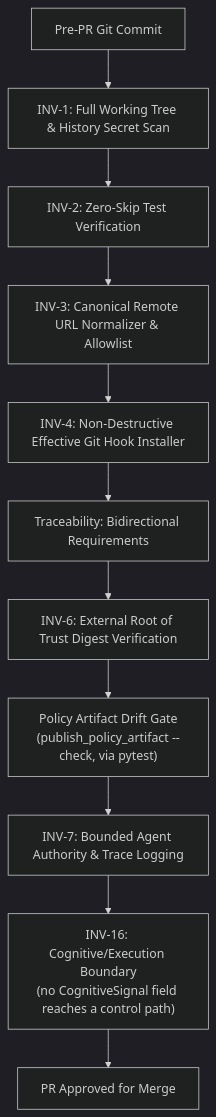
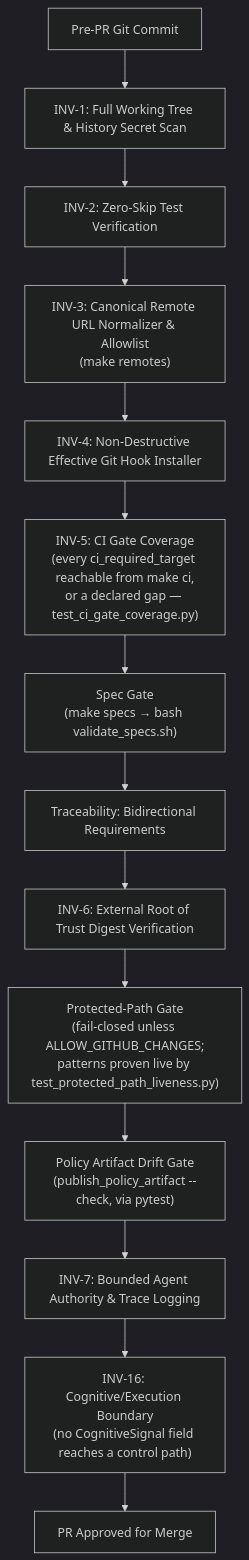
The fifth of 6 diagrams in harness/docs/C4_ARCHITECTURE.md (ianshank/Mango_Code_Agent-Harness), drawn with Mermaid (dark theme) before and after one commit. The commit also changed other lines of this file and 9 other files, not shown here.

````diff
--- a/harness/docs/C4_ARCHITECTURE.md
+++ b/harness/docs/C4_ARCHITECTURE.md
@@ -166,13 +166,16 @@
 ```mermaid
 flowchart TD
     Commit[Pre-PR Git Commit] --> Secrets[INV-1: Full Working Tree & History Secret Scan]
     Secrets --> ZeroSkip[INV-2: Zero-Skip Test Verification]
-    ZeroSkip --> Remotes[INV-3: Canonical Remote URL Normalizer & Allowlist]
+    ZeroSkip --> Remotes["INV-3: Canonical Remote URL Normalizer & Allowlist<br/>(make remotes)"]
     Remotes --> Hooks[INV-4: Non-Destructive Effective Git Hook Installer]
-    Hooks --> SpecTrace[Traceability: Bidirectional Requirements]
+    Hooks --> GateCov["INV-5: CI Gate Coverage<br/>(every ci_required_target reachable from make ci,<br/>or a declared gap — test_ci_gate_coverage.py)"]
+    GateCov --> SpecGate["Spec Gate<br/>(make specs → bash validate_specs.sh)"]
+    SpecGate --> SpecTrace[Traceability: Bidirectional Requirements]
     SpecTrace --> Policy[INV-6: External Root of Trust Digest Verification]
-    Policy --> ArtifactDrift["Policy Artifact Drift Gate<br/>(publish_policy_artifact --check, via pytest)"]
+    Policy --> Protected["Protected-Path Gate<br/>(fail-closed unless ALLOW_GITHUB_CHANGES;<br/>patterns proven live by test_protected_path_liveness.py)"]
+    Protected --> ArtifactDrift["Policy Artifact Drift Gate<br/>(publish_policy_artifact --check, via pytest)"]
     ArtifactDrift --> Delegation[INV-7: Bounded Agent Authority & Trace Logging]
     Delegation --> Boundary["INV-16: Cognitive/Execution Boundary<br/>(no CognitiveSignal field reaches a control path)"]
     Boundary --> Pass[PR Approved for Merge]
 ```
````
